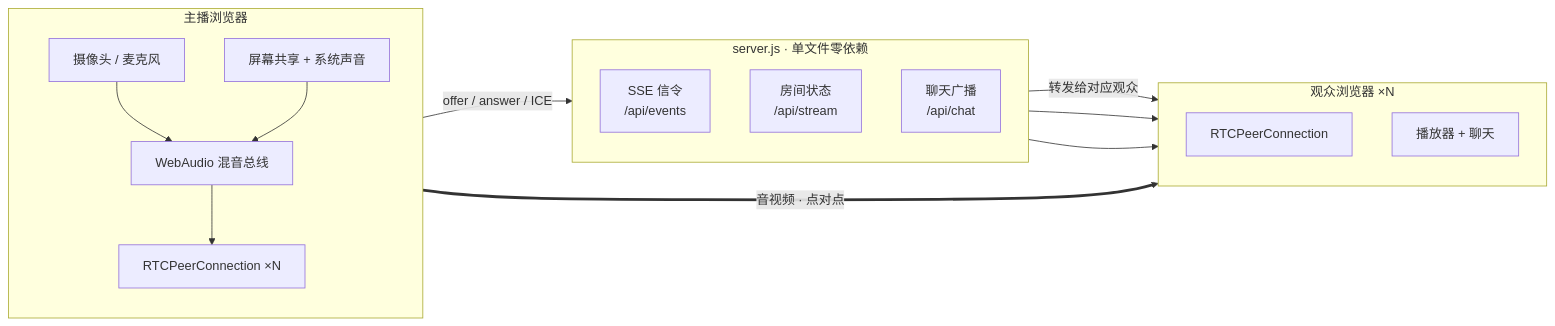
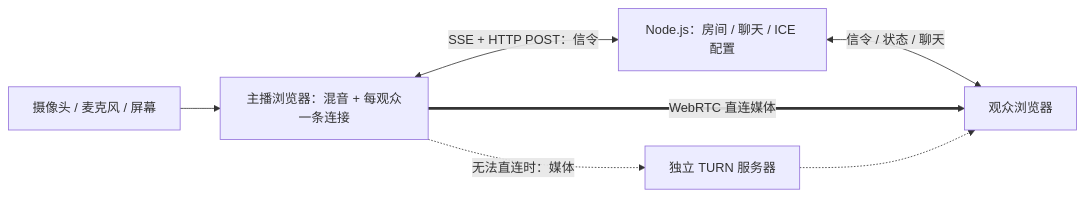
The diagram in README.md (ko2en/luma-live), drawn with Mermaid before and after one commit. The commit also changed other lines of this file and 7 other files, not shown here.

````diff
--- a/README.md
+++ b/README.md
@@ -264,28 +345,9 @@
 ```mermaid
 flowchart LR
-  subgraph HOST["主播浏览器"]
-    direction TB
-    CAM["摄像头 / 麦克风"] --> MIX["WebAudio 混音总线"]
-    SCR["屏幕共享 + 系统声音"] --> MIX
-    MIX --> PC["RTCPeerConnection ×N"]
-  end
-
-  subgraph SRV["server.js · 单文件零依赖"]
-    direction TB
-    SIG["SSE 信令<br/>/api/events"]
-    ROOM["房间状态<br/>/api/stream"]
-    CHAT["聊天广播<br/>/api/chat"]
-  end
-
-  subgraph VIEW["观众浏览器 ×N"]
-    direction TB
-    RPC["RTCPeerConnection"]
-    UI["播放器 + 聊天"]
-  end
-
-  PC -- "offer / answer / ICE" --> SIG
-  SIG -- "转发给对应观众" --> RPC
-  PC == "音视频 · 点对点" ==> RPC
-  CHAT --> UI
-  ROOM --> UI
+  CAM["摄像头 / 麦克风 / 屏幕"] --> HOST["主播浏览器：混音 + 每观众一条连接"]
+  HOST <-->|"SSE + HTTP POST：信令"| APP["Node.js：房间 / 聊天 / ICE 配置"]
+  APP <-->|"信令 / 状态 / 聊天"| VIEW["观众浏览器"]
+  HOST ==>|"WebRTC 直连媒体"| VIEW
+  HOST -.->|"无法直连时：媒体"| TURN["独立 TURN 服务器"]
+  TURN -.-> VIEW
 ```
````
